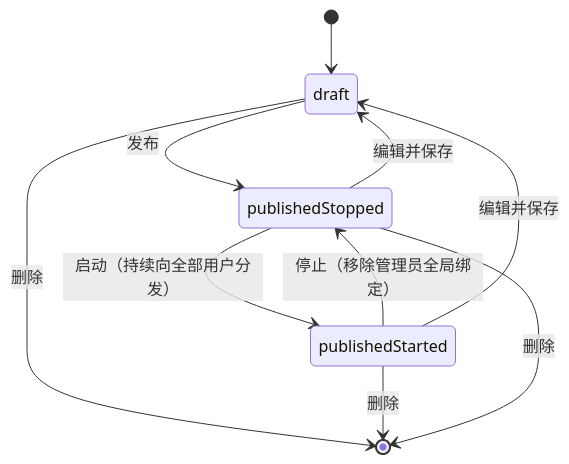
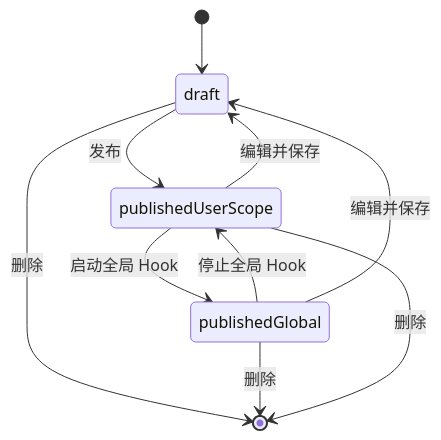
One commit to Huijie-Qin/claudecodeui changed the first of 4 diagrams in docs/Hook需求设计方案.md. Above: the diagram before and after it, drawn with Mermaid. The commit also changed other lines of this file and 6 other files, not shown here.

Commit message:
refactor(admin): separate global and user hook activation

```diff
--- a/docs/Hook需求设计方案.md
+++ b/docs/Hook需求设计方案.md
@@ -646,12 +646,12 @@
 ~~~mermaid
 stateDiagram-v2
   [*] --> draft
-  draft --> publishedStopped: 发布
-  publishedStopped --> publishedStarted: 启动（持续向全部用户分发）
-  publishedStarted --> publishedStopped: 停止（移除管理员全局绑定）
-  publishedStarted --> draft: 编辑并保存
-  publishedStopped --> draft: 编辑并保存
+  draft --> publishedUserScope: 发布
+  publishedUserScope --> publishedGlobal: 启动全局 Hook
+  publishedGlobal --> publishedUserScope: 停止全局 Hook
+  publishedGlobal --> draft: 编辑并保存
+  publishedUserScope --> draft: 编辑并保存
   draft --> [*]: 删除
-  publishedStarted --> [*]: 删除
-  publishedStopped --> [*]: 删除
+  publishedGlobal --> [*]: 删除
+  publishedUserScope --> [*]: 删除
 ~~~
```
